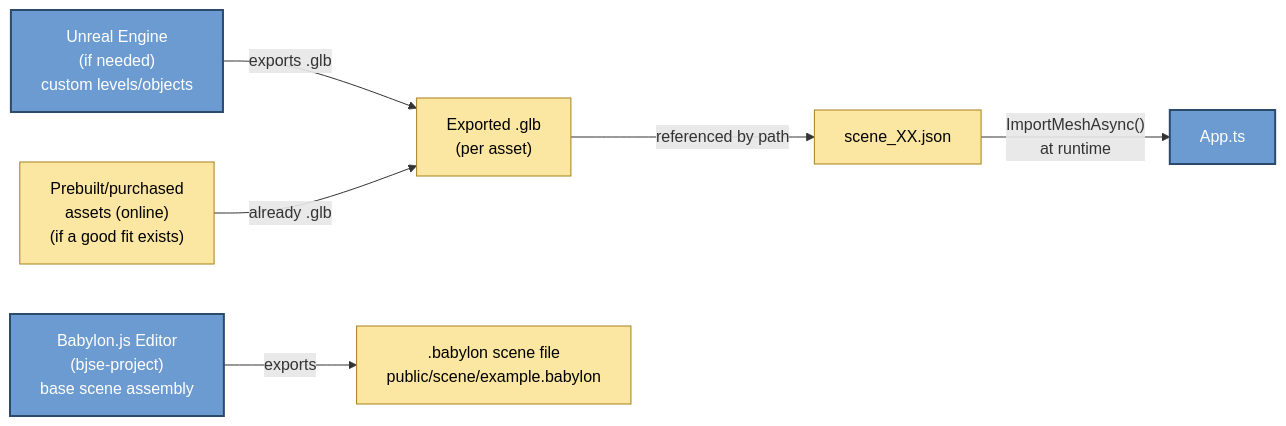
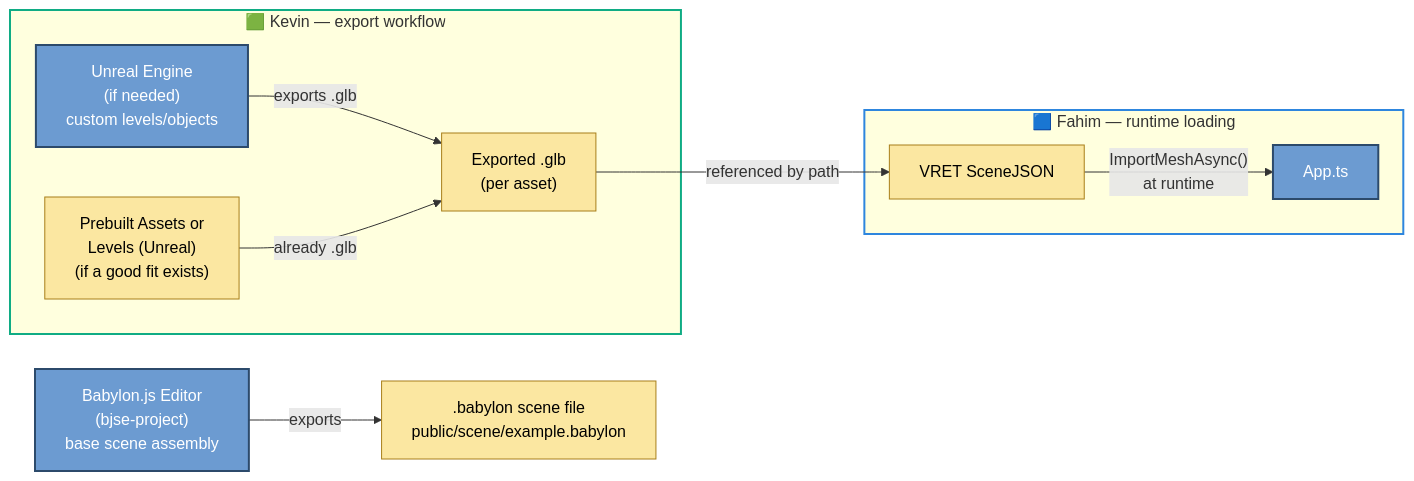
One commit to SBU-VRET/VRET-Project changed the third of 8 diagrams in docs/TECH_PIPELINE.md. Above: the diagram before and after it, drawn with Mermaid. The commit also changed other lines of this file and 2 other files, not shown here.

Commit message:
Add ownership coloring to tech pipeline diagrams, ignore temp/, add Audio2Face vs LAM Audio2Expression doc

````diff
--- a/docs/TECH_PIPELINE.md
+++ b/docs/TECH_PIPELINE.md
@@ -60,13 +106,19 @@
 ```mermaid
 flowchart LR
+    subgraph K2["🟩 Kevin — export workflow"]
     Unreal["Unreal Engine<br/>(if needed)<br/>custom levels/objects"] -->|"exports .glb"| GLB["Exported .glb<br/>(per asset)"]
-    Prebuilt["Prebuilt/purchased<br/>assets (online)<br/>(if a good fit exists)"] -->|"already .glb"| GLB
-    GLB -->|"referenced by path"| SceneJSON["scene_XX.json"]
+    Prebuilt["Prebuilt Assets or<br/>Levels (Unreal)<br/>(if a good fit exists)"] -->|"already .glb"| GLB
+    end
+    subgraph F2["🟦 Fahim — runtime loading"]
+    GLB -->|"referenced by path"| SceneJSON["VRET SceneJSON"]
     SceneJSON -->|"ImportMeshAsync()<br/>at runtime"| AppTS["App.ts"]
+    end
     BJSE["Babylon.js Editor<br/>(bjse-project)<br/>base scene assembly"] -->|exports| BabylonScene[".babylon scene file<br/>public/scene/example.babylon"]
 
+    style K2 stroke:#10AC84,stroke-width:2px
+    style F2 stroke:#2E86DE,stroke-width:2px
     classDef tool fill:#6c9bd1,stroke:#2c4a6b,stroke-width:2px,color:#fff;
     classDef artifact fill:#fbe7a1,stroke:#a87f1a,stroke-width:1px,color:#000;
     class Unreal,BJSE,AppTS tool
     class GLB,Prebuilt,BabylonScene,SceneJSON artifact
 ```
````
